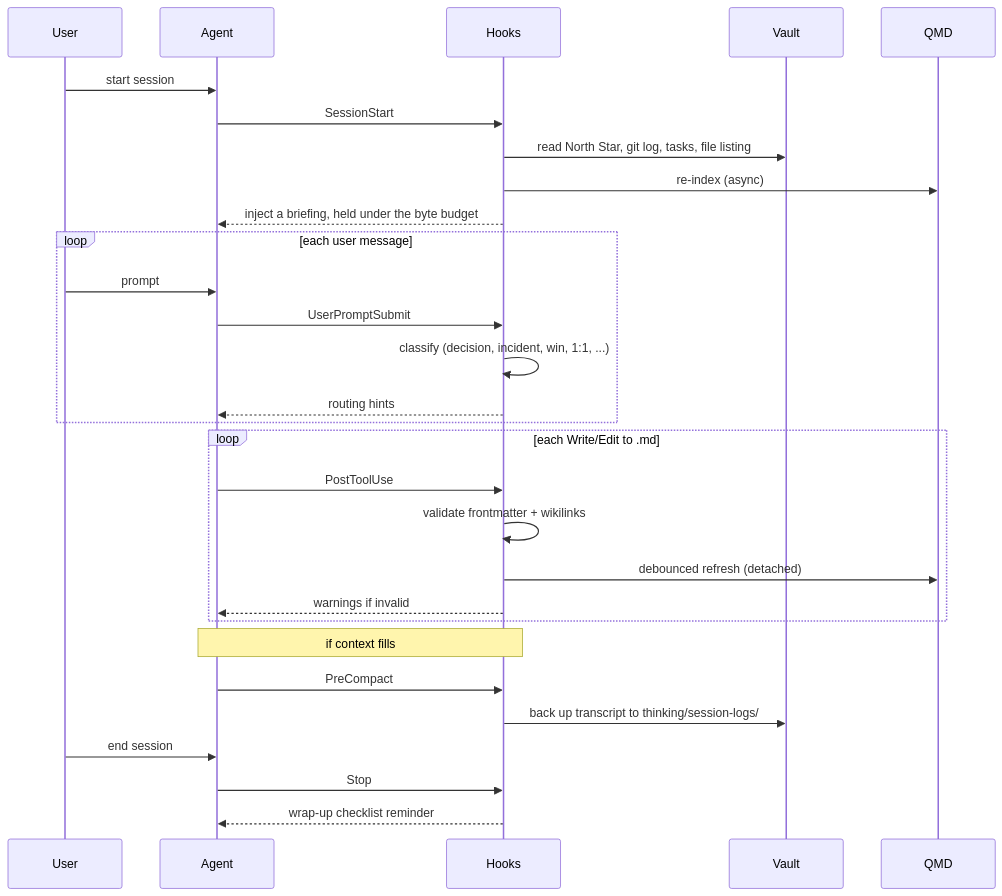
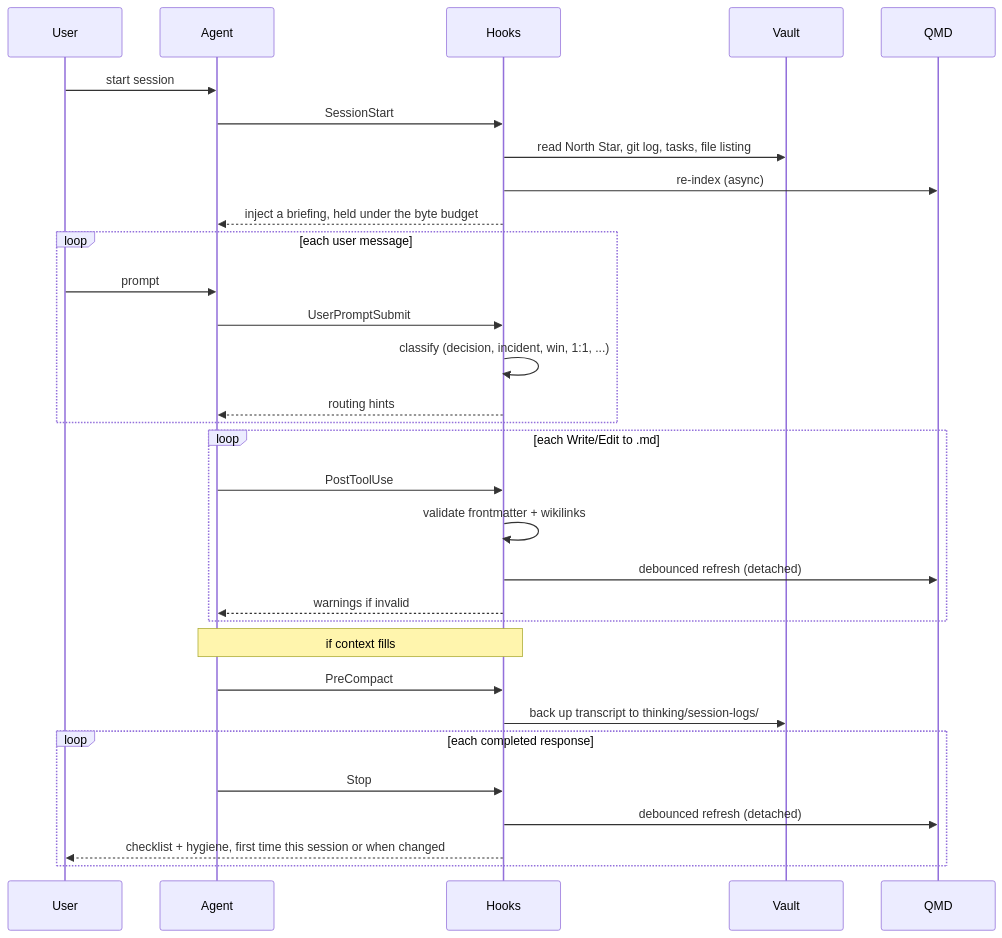
One commit to breferrari/obsidian-mind changed the third of 21 diagrams in ARCHITECTURE.md. Above: the diagram before and after it, drawn with Mermaid. The commit also changed other lines of this file and 23 other files, not shown here.

First line of the commit message:
fix: route vault hygiene through actionable lifecycle hooks (#253)

````diff
--- a/ARCHITECTURE.md
+++ b/ARCHITECTURE.md
@@ -162,36 +162,38 @@
 ```mermaid
 sequenceDiagram
     participant User
     participant Agent
     participant Hooks
     participant Vault
     participant QMD
 
     User->>Agent: start session
     Agent->>Hooks: SessionStart
     Hooks->>Vault: read North Star, git log, tasks, file listing
     Hooks->>QMD: re-index (async)
     Hooks-->>Agent: inject a briefing, held under the byte budget
 
     loop each user message
         User->>Agent: prompt
         Agent->>Hooks: UserPromptSubmit
         Hooks->>Hooks: classify (decision, incident, win, 1:1, ...)
         Hooks-->>Agent: routing hints
     end
 
     loop each Write/Edit to .md
         Agent->>Hooks: PostToolUse
         Hooks->>Hooks: validate frontmatter + wikilinks
         Hooks->>QMD: debounced refresh (detached)
         Hooks-->>Agent: warnings if invalid
     end
 
     Note over Agent,Hooks: if context fills
     Agent->>Hooks: PreCompact
     Hooks->>Vault: back up transcript to thinking/session-logs/
 
-    User->>Agent: end session
-    Agent->>Hooks: Stop
-    Hooks-->>Agent: wrap-up checklist reminder
+    loop each completed response
+        Agent->>Hooks: Stop
+        Hooks->>QMD: debounced refresh (detached)
+        Hooks-->>User: checklist + hygiene, first time this session or when changed
+    end
 ```
````
